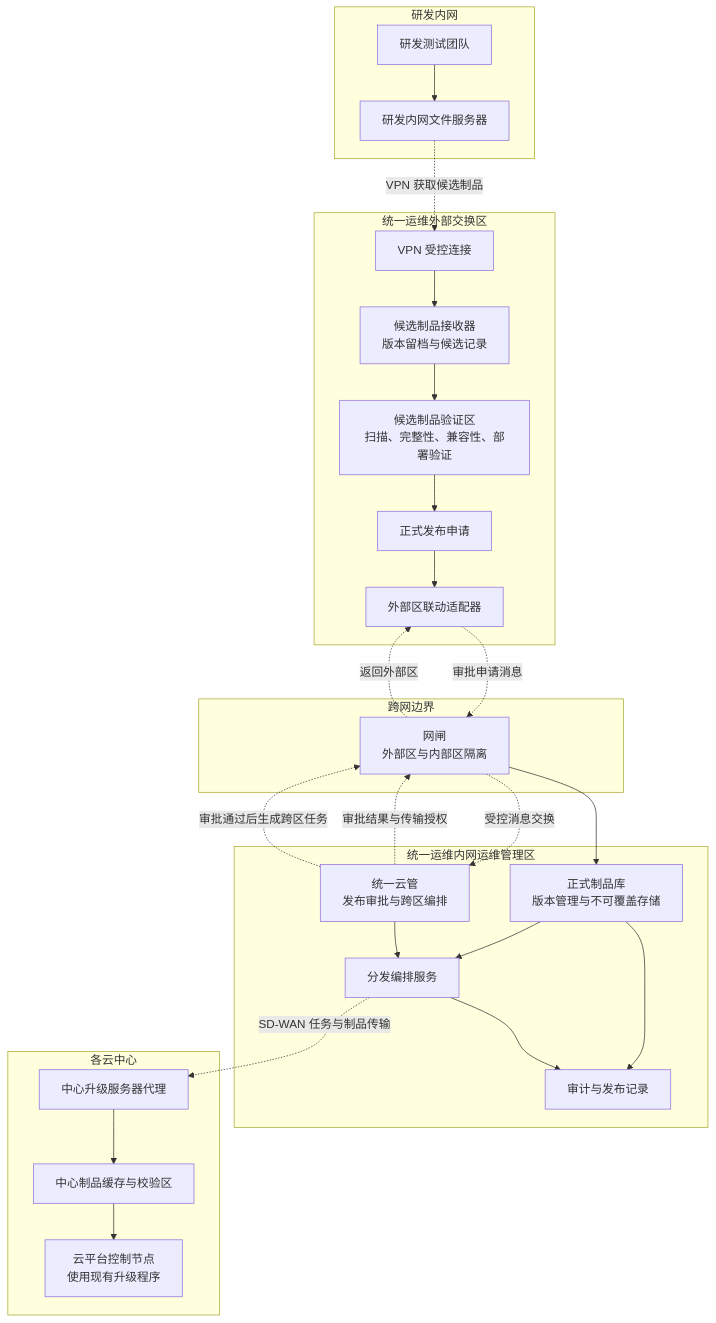
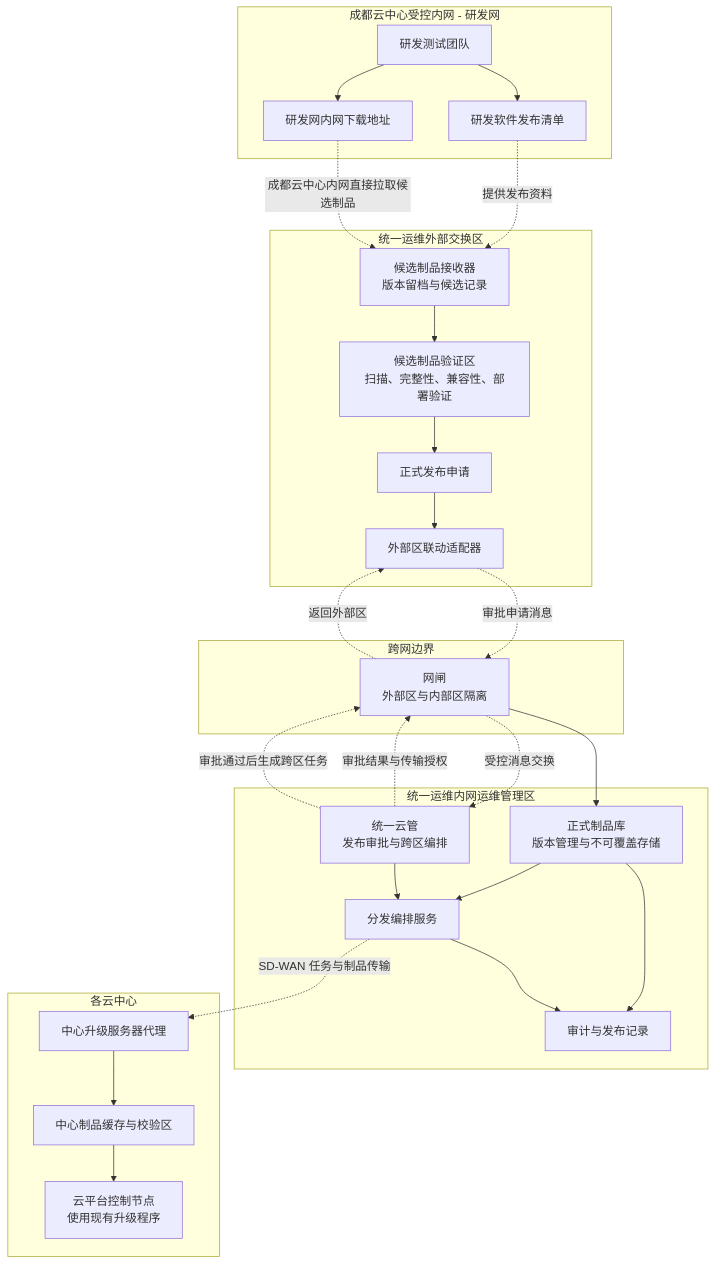
The first of 4 diagrams in docs/system-design.md (dongsweet/cloud-artifact-management), drawn with Mermaid before and after one commit. The commit also changed other lines of this file and 1 other file, not shown here.

````diff
--- a/docs/system-design.md
+++ b/docs/system-design.md
@@ -77,48 +77,50 @@
 ```mermaid
 flowchart TB
-    subgraph DEV[研发内网]
+    subgraph DEV["成都云中心受控内网 - 研发网"]
         R[研发测试团队]
-        SRC[研发内网文件服务器]
+        MANIFEST[研发软件发布清单]
+        SRC[研发网内网下载地址]
+        R --> MANIFEST
         R --> SRC
     end
 
     subgraph EXT[统一运维外部交换区]
-        VPN[VPN 受控连接]
         CAND[候选制品接收器<br/>版本留档与候选记录]
         VERIFY[候选制品验证区<br/>扫描、完整性、兼容性、部署验证]
         APPROVE[正式发布申请]
         EXTAPI[外部区联动适配器]
-        VPN --> CAND --> VERIFY --> APPROVE --> EXTAPI
+        CAND --> VERIFY --> APPROVE --> EXTAPI
     end
 
     subgraph BORDER[跨网边界]
         GATE[网闸<br/>外部区与内部区隔离]
     end
 
     subgraph INT[统一运维内网运维管理区]
         REPO[正式制品库<br/>版本管理与不可覆盖存储]
         CLOUD[统一云管<br/>发布审批与跨区编排]
         ORCH[分发编排服务]
         AUDIT[审计与发布记录]
         REPO --> ORCH
         CLOUD --> ORCH
         REPO --> AUDIT
         ORCH --> AUDIT
     end
 
     subgraph CENTERS[各云中心]
         AGENT[中心升级服务器代理]
         CACHE[中心制品缓存与校验区]
         NODE[云平台控制节点<br/>使用现有升级程序]
         AGENT --> CACHE --> NODE
     end
 
-    SRC -. VPN 获取候选制品 .-> VPN
+    MANIFEST -. 提供发布资料 .-> CAND
+    SRC -. 成都云中心内网直接拉取候选制品 .-> CAND
     EXTAPI -. 审批申请消息 .-> GATE
     GATE -. 受控消息交换 .-> CLOUD
     CLOUD -. 审批结果与传输授权 .-> GATE
     GATE -. 返回外部区 .-> EXTAPI
     CLOUD -. 审批通过后生成跨区任务 .-> GATE
     GATE --> REPO
     ORCH -. SD-WAN 任务与制品传输 .-> AGENT
 ```
````
